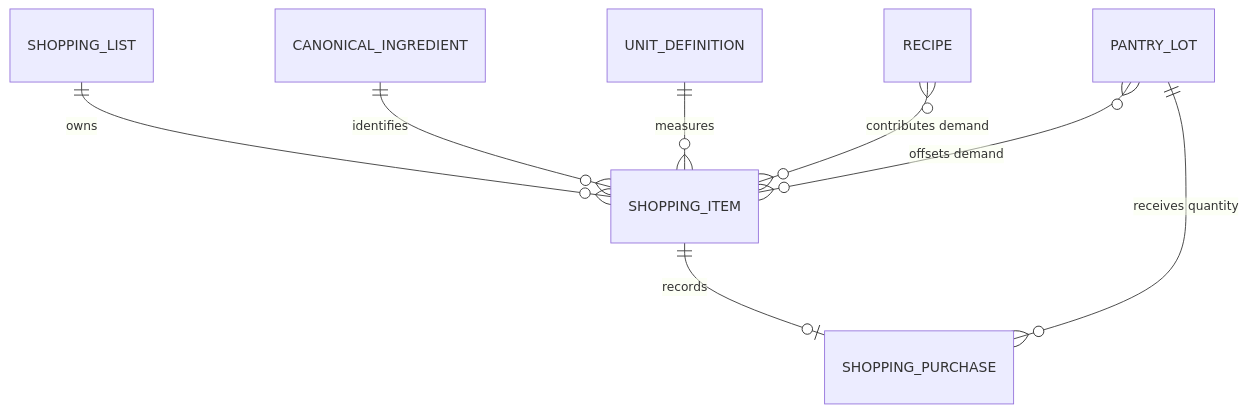
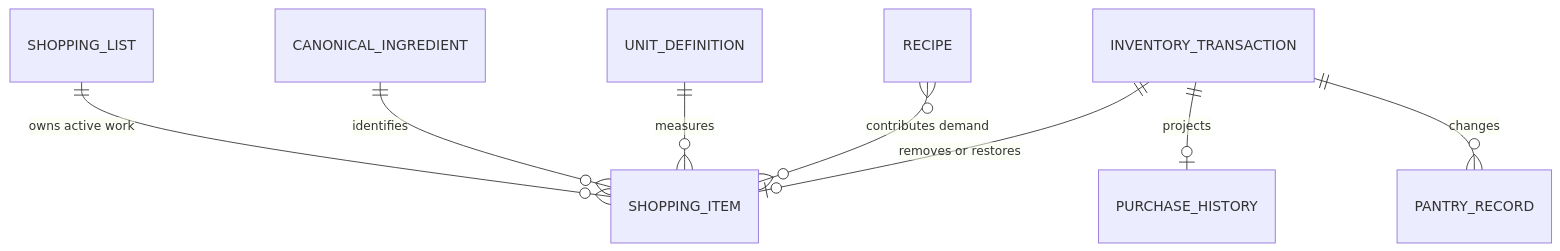
The first of 3 diagrams in docs/11_SHOPPING_FOUNDATION_DOMAIN.md (kobv99/KinRaiDee), drawn with Mermaid before and after one commit. The commit also changed other lines of this file, not shown here.

Commit message:
docs(shopping): align domain model with active-only workflow

````diff
--- a/docs/11_SHOPPING_FOUNDATION_DOMAIN.md
+++ b/docs/11_SHOPPING_FOUNDATION_DOMAIN.md
@@ -56,10 +62,10 @@
 ```mermaid
 erDiagram
-    SHOPPING_LIST ||--o{ SHOPPING_ITEM : "owns"
-    SHOPPING_ITEM ||--o| SHOPPING_PURCHASE : "records"
+    SHOPPING_LIST ||--o{ SHOPPING_ITEM : "owns active work"
     CANONICAL_INGREDIENT ||--o{ SHOPPING_ITEM : "identifies"
     UNIT_DEFINITION ||--o{ SHOPPING_ITEM : "measures"
     RECIPE o{--o{ SHOPPING_ITEM : "contributes demand"
-    PANTRY_LOT o{--o{ SHOPPING_ITEM : "offsets demand"
-    PANTRY_LOT ||--o{ SHOPPING_PURCHASE : "receives quantity"
+    INVENTORY_TRANSACTION ||--o| PURCHASE_HISTORY : "projects"
+    INVENTORY_TRANSACTION ||--o{ PANTRY_RECORD : "changes"
+    INVENTORY_TRANSACTION ||--o| SHOPPING_ITEM : "removes or restores"
 ```
````
